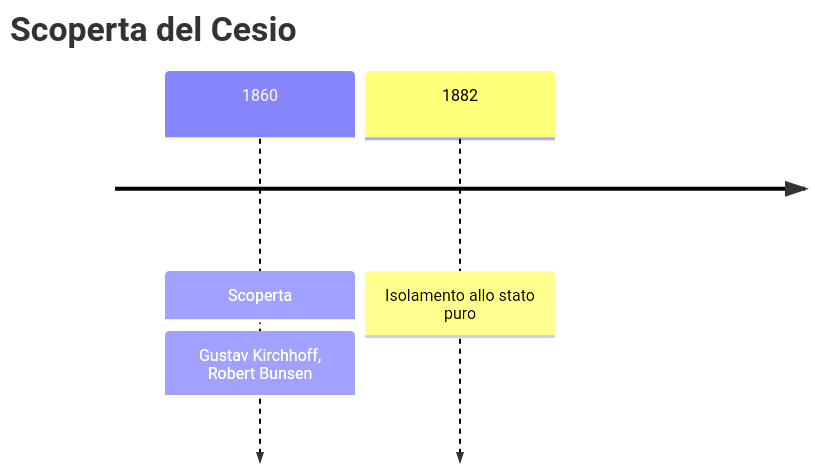
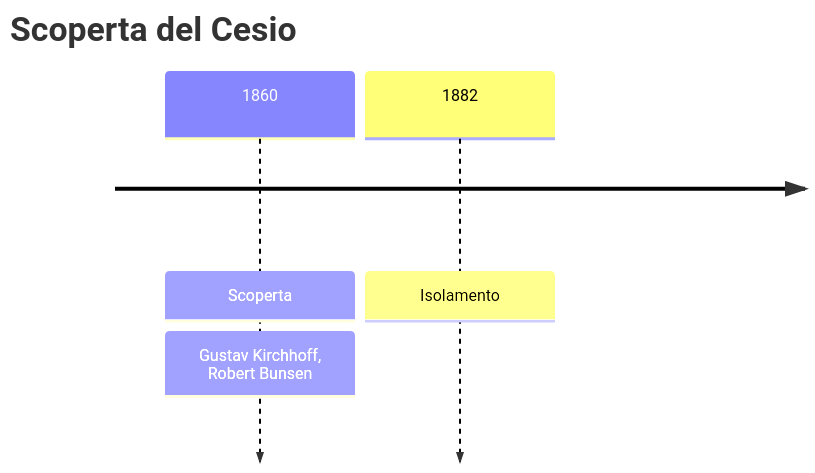
The first of 2 diagrams in vault/Elementi/Cesio.md (gianlucaciarcelluti/elements-caos), drawn with Mermaid before and after one commit. The commit also changed 56 other files, not shown here.

````diff
--- a/vault/Elementi/Cesio.md
+++ b/vault/Elementi/Cesio.md
@@ -28,6 +28,6 @@
 ```mermaid
 timeline
     title Scoperta del Cesio
     1860 : Scoperta : Gustav Kirchhoff, Robert Bunsen
-    1882 : Isolamento allo stato puro
+    1882 : Isolamento
 ```
````
